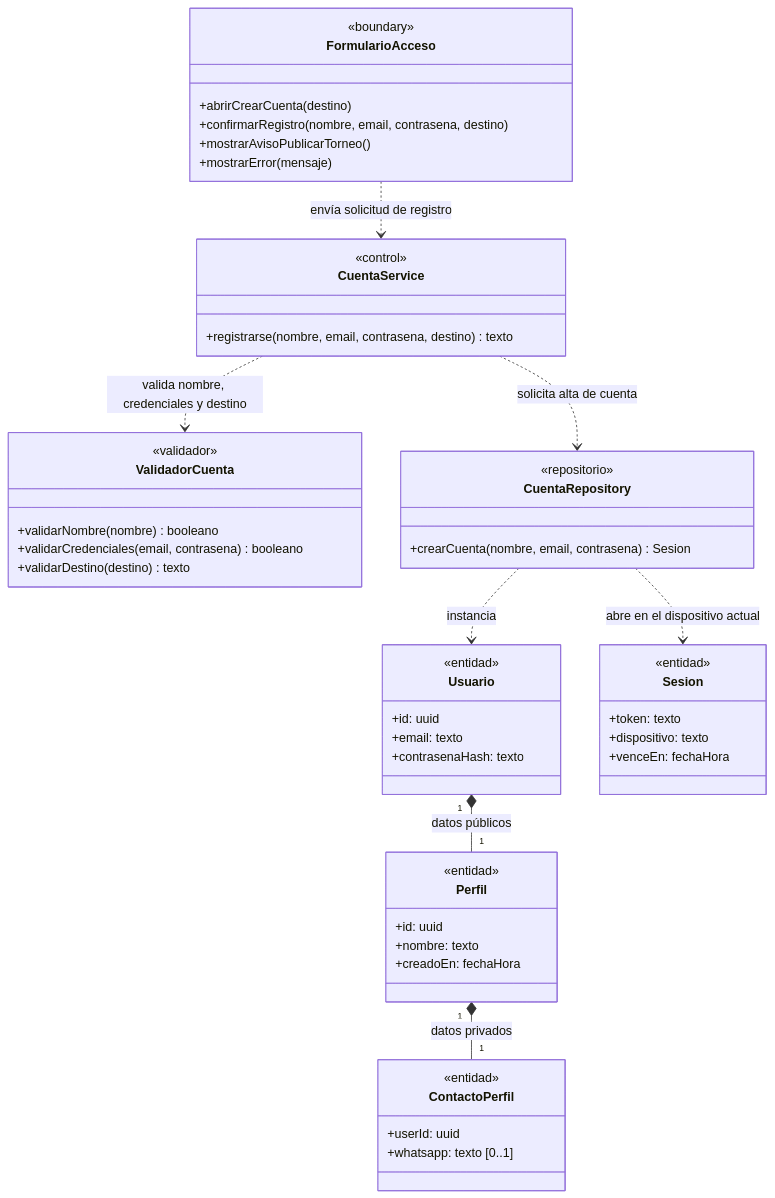
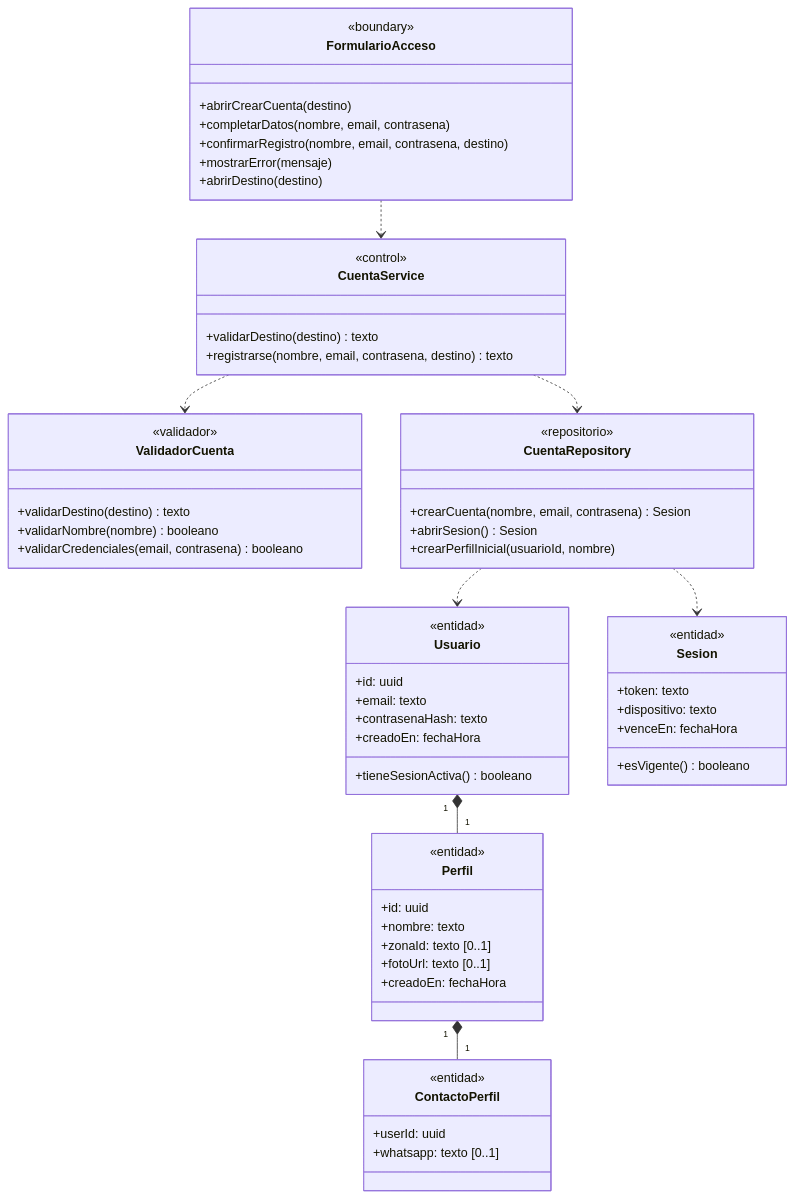
Before and after one commit to nicqletal/torneos-scraper: the second of 7 diagrams in docs/diagramas-de-clase/cuenta-y-acceso.md, drawn with Mermaid. The commit also changed other lines of this file and 13 other files, not shown here.

````diff
--- a/docs/diagramas-de-clase/cuenta-y-acceso.md
+++ b/docs/diagramas-de-clase/cuenta-y-acceso.md
@@ -114,55 +127,63 @@
 ```mermaid
 classDiagram
-direction TB
 class FormularioAcceso {
   <<boundary>>
   +abrirCrearCuenta(destino)
+  +completarDatos(nombre, email, contrasena)
   +confirmarRegistro(nombre, email, contrasena, destino)
-  +mostrarAvisoPublicarTorneo()
   +mostrarError(mensaje)
+  +abrirDestino(destino)
 }
 class CuentaService {
   <<control>>
+  +validarDestino(destino) texto
   +registrarse(nombre, email, contrasena, destino) texto
 }
 class ValidadorCuenta {
   <<validador>>
+  +validarDestino(destino) texto
   +validarNombre(nombre) booleano
   +validarCredenciales(email, contrasena) booleano
-  +validarDestino(destino) texto
 }
 class CuentaRepository {
   <<repositorio>>
   +crearCuenta(nombre, email, contrasena) Sesion
+  +abrirSesion() Sesion
+  +crearPerfilInicial(usuarioId, nombre)
 }
 class Usuario {
   <<entidad>>
   +id: uuid
   +email: texto
   +contrasenaHash: texto
+  +creadoEn: fechaHora
+  +tieneSesionActiva() booleano
 }
 class Perfil {
   <<entidad>>
   +id: uuid
   +nombre: texto
+  +zonaId: texto [0..1]
+  +fotoUrl: texto [0..1]
   +creadoEn: fechaHora
 }
 class ContactoPerfil {
   <<entidad>>
   +userId: uuid
   +whatsapp: texto [0..1]
 }
 class Sesion {
   <<entidad>>
   +token: texto
   +dispositivo: texto
   +venceEn: fechaHora
+  +esVigente() booleano
 }
-FormularioAcceso ..> CuentaService : envía solicitud de registro
-CuentaService ..> ValidadorCuenta : valida nombre, credenciales y destino
-CuentaService ..> CuentaRepository : solicita alta de cuenta
-CuentaRepository ..> Usuario : instancia
-CuentaRepository ..> Sesion : abre en el dispositivo actual
-Usuario "1" *-- "1" Perfil : datos públicos
-Perfil "1" *-- "1" ContactoPerfil : datos privados
+FormularioAcceso ..> CuentaService
+CuentaService ..> ValidadorCuenta
+CuentaService ..> CuentaRepository
+CuentaRepository ..> Usuario
+CuentaRepository ..> Sesion
+Usuario "1" *-- "1" Perfil
+Perfil "1" *-- "1" ContactoPerfil
 ```
````
